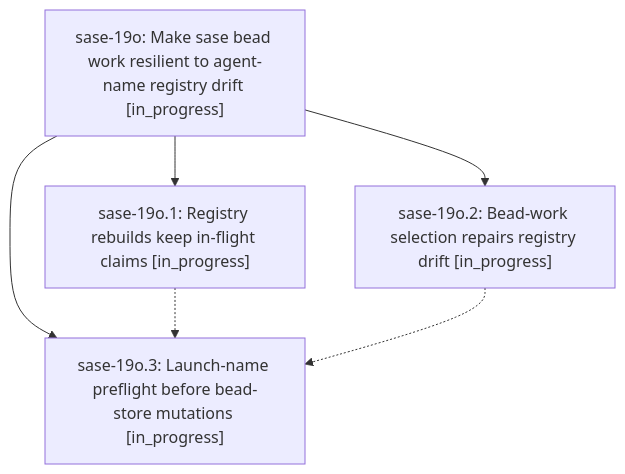
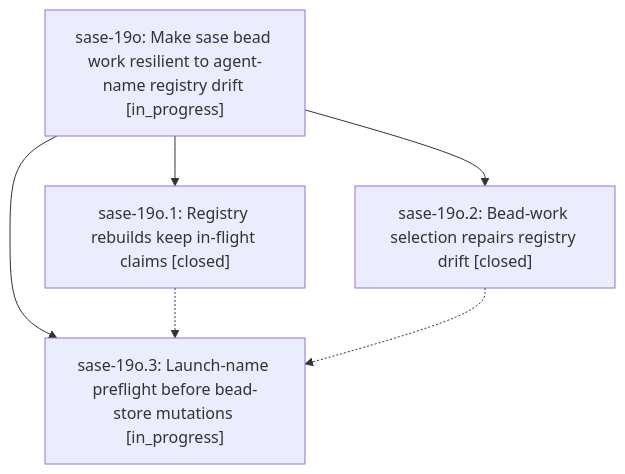
Before and after one commit to sase-org/sase--beads: the diagram in pages/sase-19o/README.md, drawn with Mermaid. The commit also changed other lines of this file and 3 other files, not shown here.

First line of the commit message:
chore(beads): sync bead state and pages for sase-19o

````diff
--- a/pages/sase-19o/README.md
+++ b/pages/sase-19o/README.md
@@ -24,12 +24,12 @@
 ```mermaid
 flowchart TD
     n0["sase-19o: Make sase bead work resilient to agent-name registry drift [in_progress]"]
-    n1["sase-19o.1: Registry rebuilds keep in-flight claims [in_progress]"]
-    n2["sase-19o.2: Bead-work selection repairs registry drift [in_progress]"]
+    n1["sase-19o.1: Registry rebuilds keep in-flight claims [closed]"]
+    n2["sase-19o.2: Bead-work selection repairs registry drift [closed]"]
     n3["sase-19o.3: Launch-name preflight before bead-store mutations [in_progress]"]
     n0 --> n1
     n0 --> n2
     n0 --> n3
     n1 -.-> n3
     n2 -.-> n3
 ```
````
